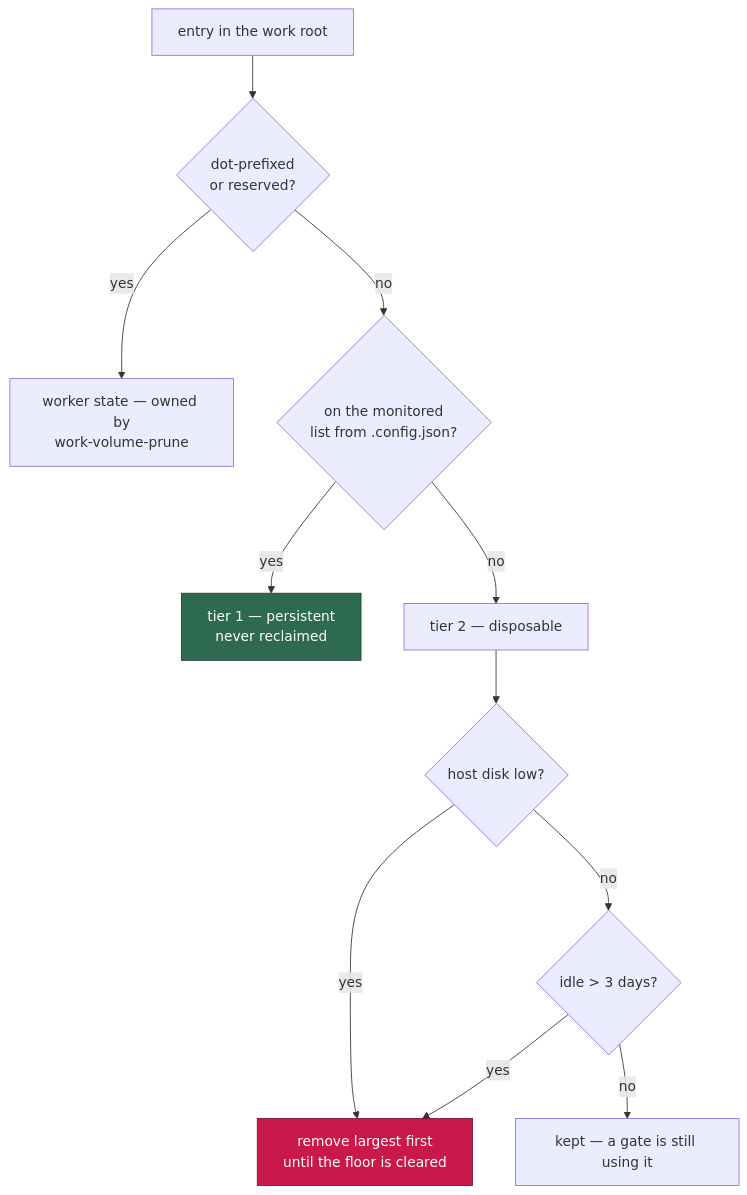
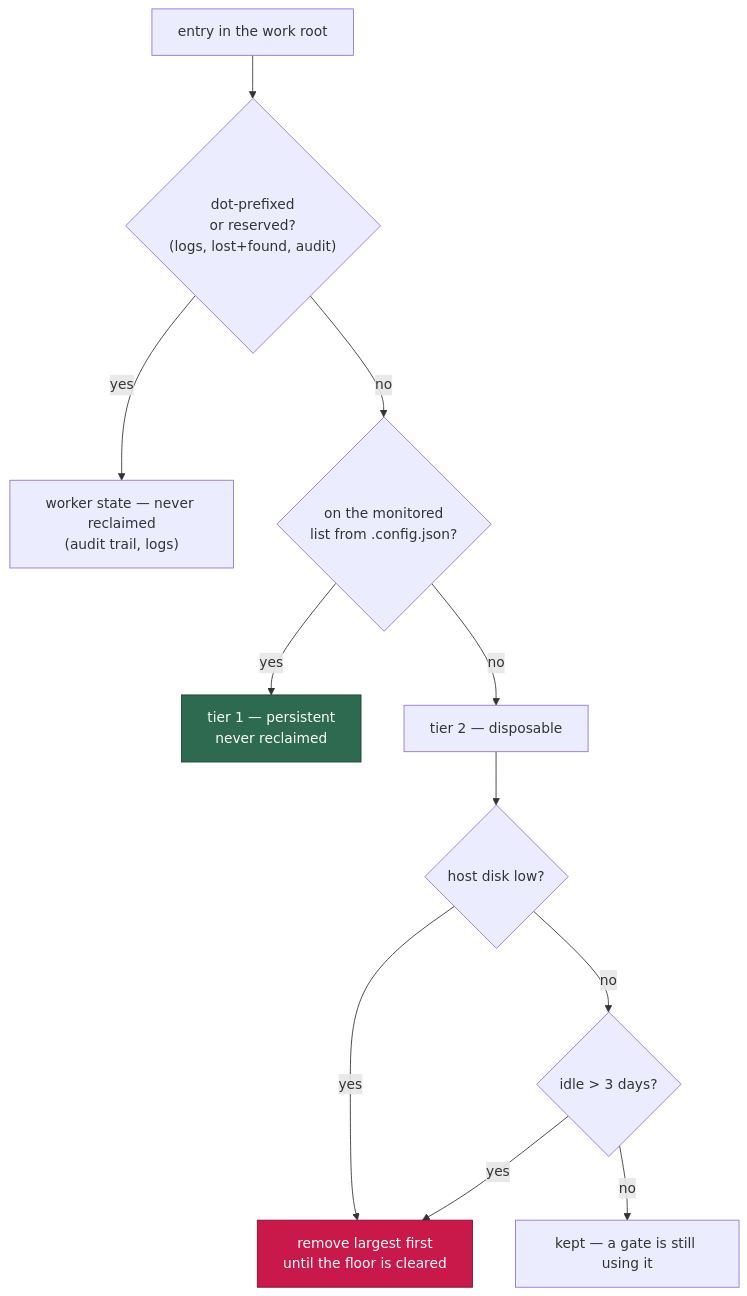
Before and after one commit to stSoftwareAU/VibeCoder: the seventh of 15 diagrams in docs/CONTAINER.md, drawn with Mermaid. The commit also changed other lines of this file and 10 other files, not shown here.

First line of the commit message:
Reserve the audit trail so housekeeping stops pruning it (Issue #337)

````diff
--- a/docs/CONTAINER.md
+++ b/docs/CONTAINER.md
@@ -506,15 +517,15 @@
 ```mermaid
 flowchart TD
-    E["entry in the work root"] --> D{"dot-prefixed<br/>or reserved?"}
-    D -->|yes| S["worker state — owned by<br/>work-volume-prune"]
+    E["entry in the work root"] --> D{"dot-prefixed<br/>or reserved?<br/>(logs, lost+found, audit)"}
+    D -->|yes| S["worker state — never reclaimed<br/>(audit trail, logs)"]
     D -->|no| M{"on the monitored<br/>list from .config.json?"}
     M -->|yes| T1["tier 1 — persistent<br/>never reclaimed"]
     M -->|no| T2["tier 2 — disposable"]
     T2 --> A{"host disk low?"}
     A -->|yes| L["remove largest first<br/>until the floor is cleared"]
     A -->|no| G{"idle > 3 days?"}
     G -->|yes| L
     G -->|no| K["kept — a gate is still using it"]
     style T1 fill:#2d6a4f,stroke:#1b4332,color:#fff
     style L fill:#c9184a,stroke:#800f2f,color:#fff
 ```
````
